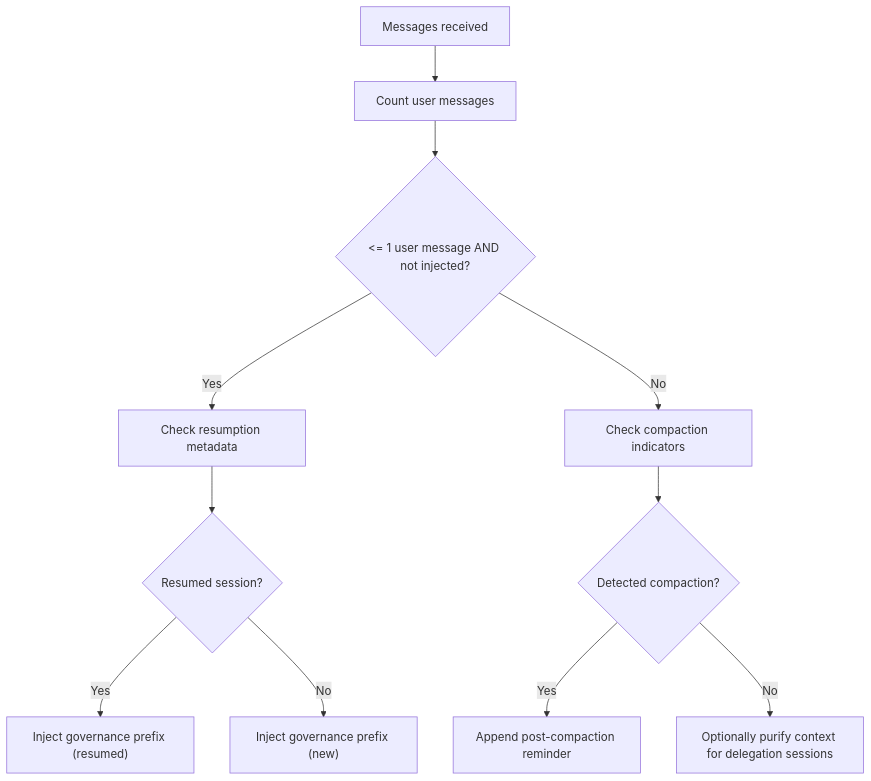
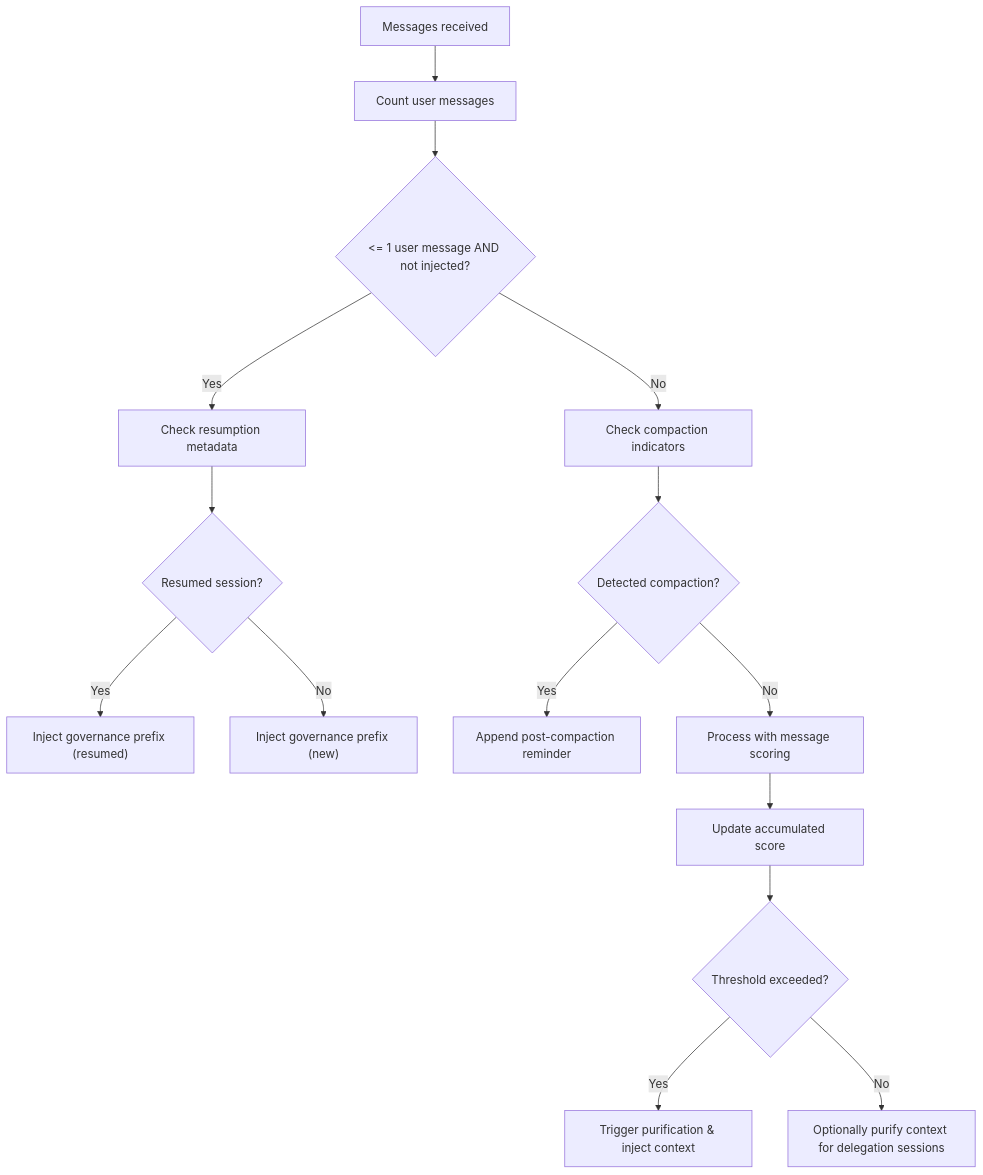
Before and after one commit to shynlee04/idumb-plugin: the seventh of 11 diagrams in .qoder/repowiki/en/content/API Reference/Plugin API/Message Transform Hooks.md, drawn with Mermaid. The commit also changed other lines of this file and 19 other files, not shown here.

````diff
--- a/.qoder/repowiki/en/content/API Reference/Plugin API/Message Transform Hooks.md
+++ b/.qoder/repowiki/en/content/API Reference/Plugin API/Message Transform Hooks.md
@@ -264,13 +398,17 @@
 ```mermaid
 flowchart TD
 A["Messages received"] --> B["Count user messages"]
 B --> C{"<= 1 user message AND not injected?"}
 C --> |Yes| D["Check resumption metadata"]
 D --> E{"Resumed session?"}
 E --> |Yes| F["Inject governance prefix (resumed)"]
 E --> |No| G["Inject governance prefix (new)"]
 C --> |No| H["Check compaction indicators"]
 H --> I{"Detected compaction?"}
 I --> |Yes| J["Append post-compaction reminder"]
-I --> |No| K["Optionally purify context for delegation sessions"]
+I --> |No| K["Process with message scoring"]
+K --> L["Update accumulated score"]
+L --> M{"Threshold exceeded?"}
+M --> |Yes| N["Trigger purification & inject context"]
+M --> |No| O["Optionally purify context for delegation sessions"]
 ```
````
